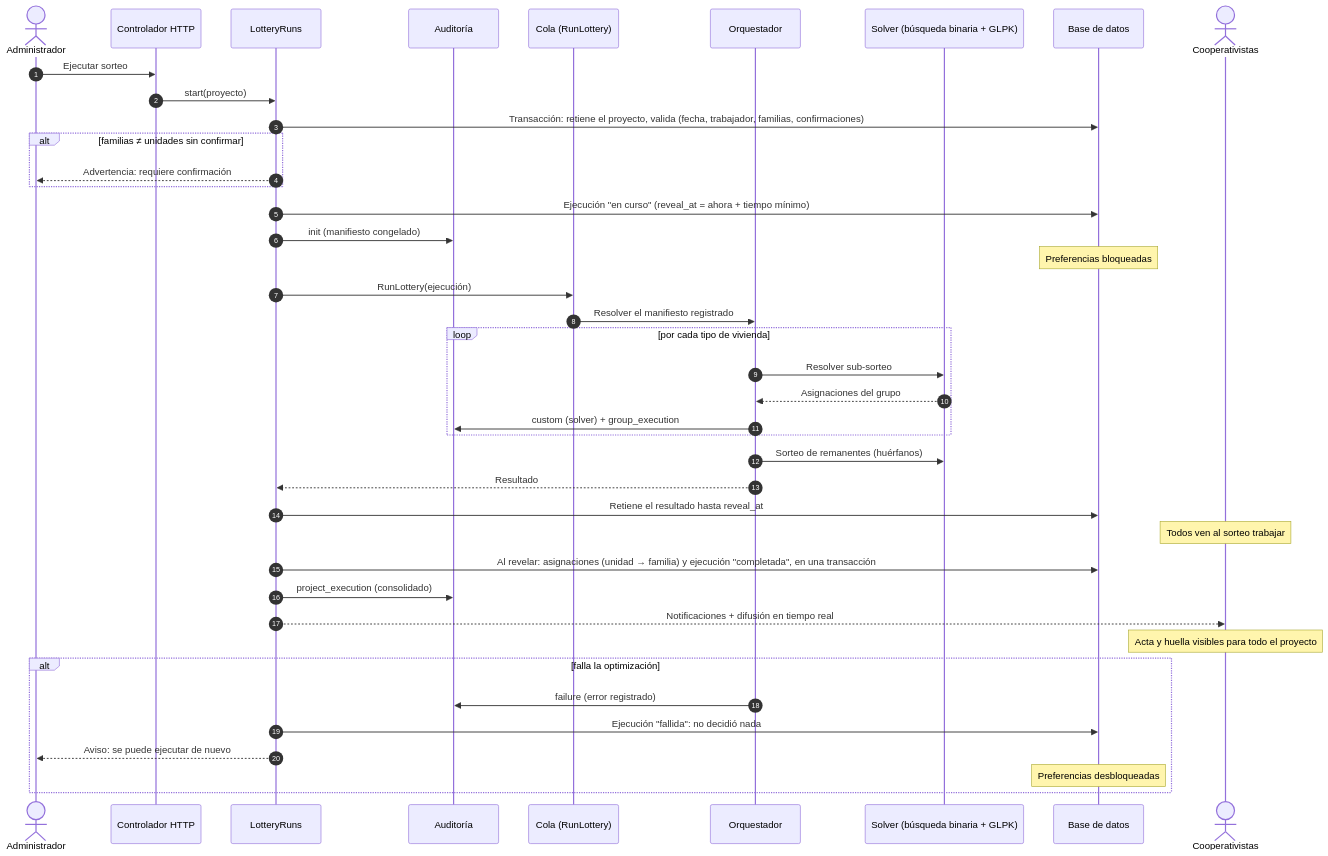
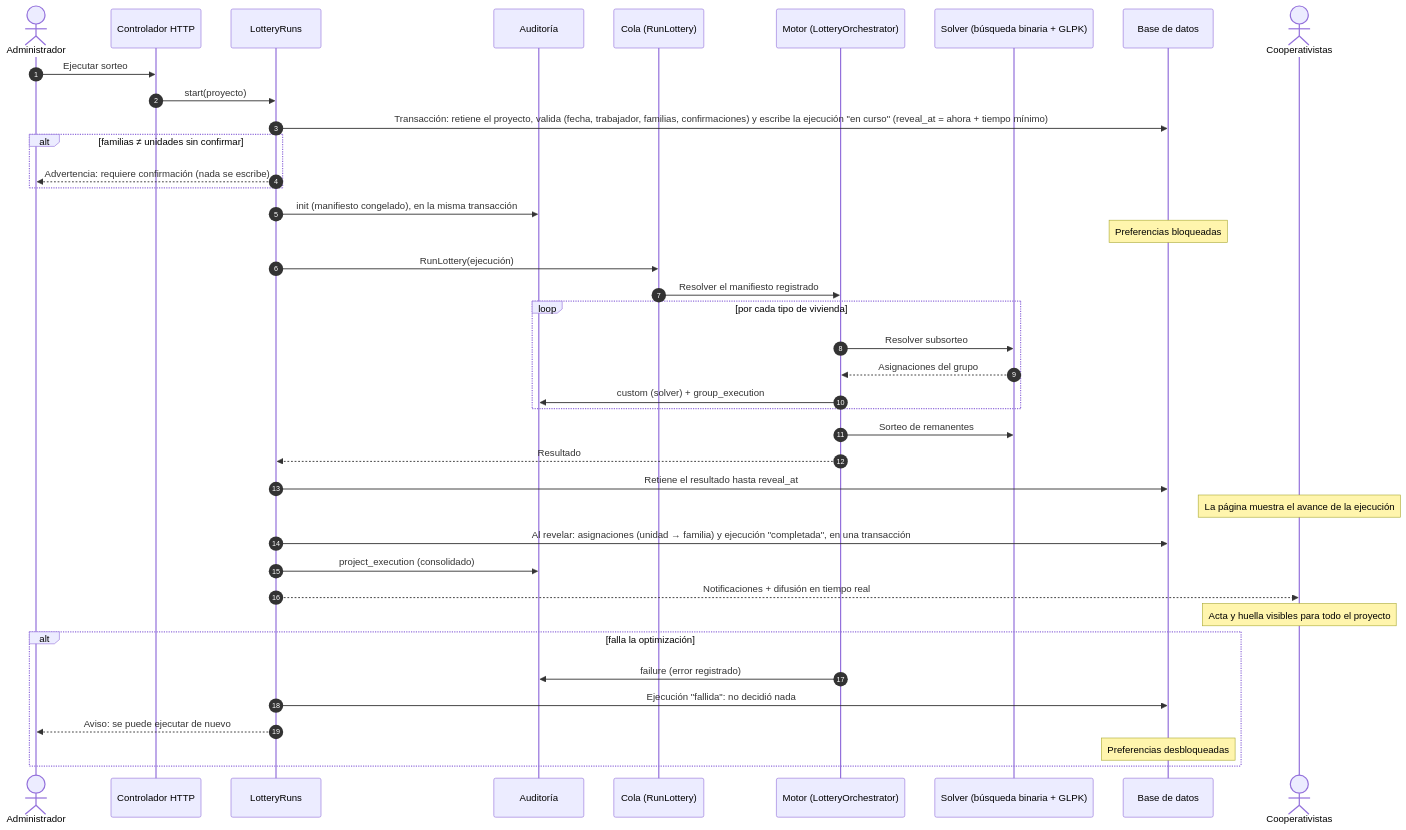
The diagram in documentation/thesis/assets/secuencia-sorteo.mmd (devvir/mtav), drawn with Mermaid before and after one commit. The commit also changed 18 other files, not shown here.

```diff
--- a/documentation/thesis/assets/secuencia-sorteo.mmd
+++ b/documentation/thesis/assets/secuencia-sorteo.mmd
@@ -1,42 +1,41 @@
 sequenceDiagram
     autonumber
     actor Admin as Administrador
     participant HTTP as Controlador HTTP
     participant Runs as LotteryRuns
     participant Audit as Auditoría
     participant Cola as Cola (RunLottery)
-    participant Orch as Orquestador
+    participant Orch as Motor (LotteryOrchestrator)
     participant Solver as Solver (búsqueda binaria + GLPK)
     participant BD as Base de datos
     actor Coop as Cooperativistas
 
     Admin->>HTTP: Ejecutar sorteo
     HTTP->>Runs: start(proyecto)
-    Runs->>BD: Transacción: retiene el proyecto, valida (fecha, trabajador, familias, confirmaciones)
+    Runs->>BD: Transacción: retiene el proyecto, valida (fecha, trabajador, familias, confirmaciones) y escribe la ejecución "en curso" (reveal_at = ahora + tiempo mínimo)
     alt familias ≠ unidades sin confirmar
-        Runs-->>Admin: Advertencia: requiere confirmación
+        Runs-->>Admin: Advertencia: requiere confirmación (nada se escribe)
     end
-    Runs->>BD: Ejecución "en curso" (reveal_at = ahora + tiempo mínimo)
-    Runs->>Audit: init (manifiesto congelado)
+    Runs->>Audit: init (manifiesto congelado), en la misma transacción
     Note over BD: Preferencias bloqueadas
     Runs->>Cola: RunLottery(ejecución)
     Cola->>Orch: Resolver el manifiesto registrado
     loop por cada tipo de vivienda
-        Orch->>Solver: Resolver sub-sorteo
+        Orch->>Solver: Resolver subsorteo
         Solver-->>Orch: Asignaciones del grupo
         Orch->>Audit: custom (solver) + group_execution
     end
-    Orch->>Solver: Sorteo de remanentes (huérfanos)
+    Orch->>Solver: Sorteo de remanentes
     Orch-->>Runs: Resultado
     Runs->>BD: Retiene el resultado hasta reveal_at
-    Note over Coop: Todos ven al sorteo trabajar
+    Note over Coop: La página muestra el avance de la ejecución
     Runs->>BD: Al revelar: asignaciones (unidad → familia) y ejecución "completada", en una transacción
     Runs->>Audit: project_execution (consolidado)
     Runs-->>Coop: Notificaciones + difusión en tiempo real
     Note over Coop: Acta y huella visibles para todo el proyecto
     alt falla la optimización
         Orch->>Audit: failure (error registrado)
         Runs->>BD: Ejecución "fallida": no decidió nada
         Runs-->>Admin: Aviso: se puede ejecutar de nuevo
         Note over BD: Preferencias desbloqueadas
     end
```
